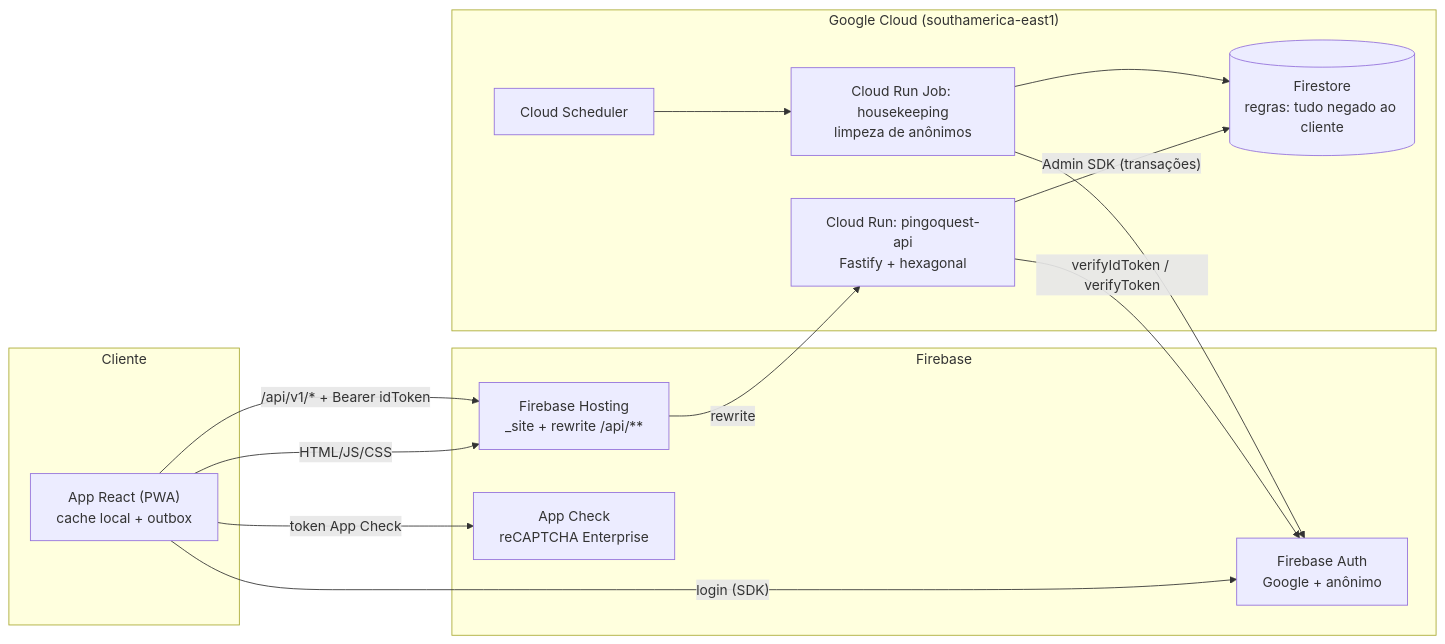
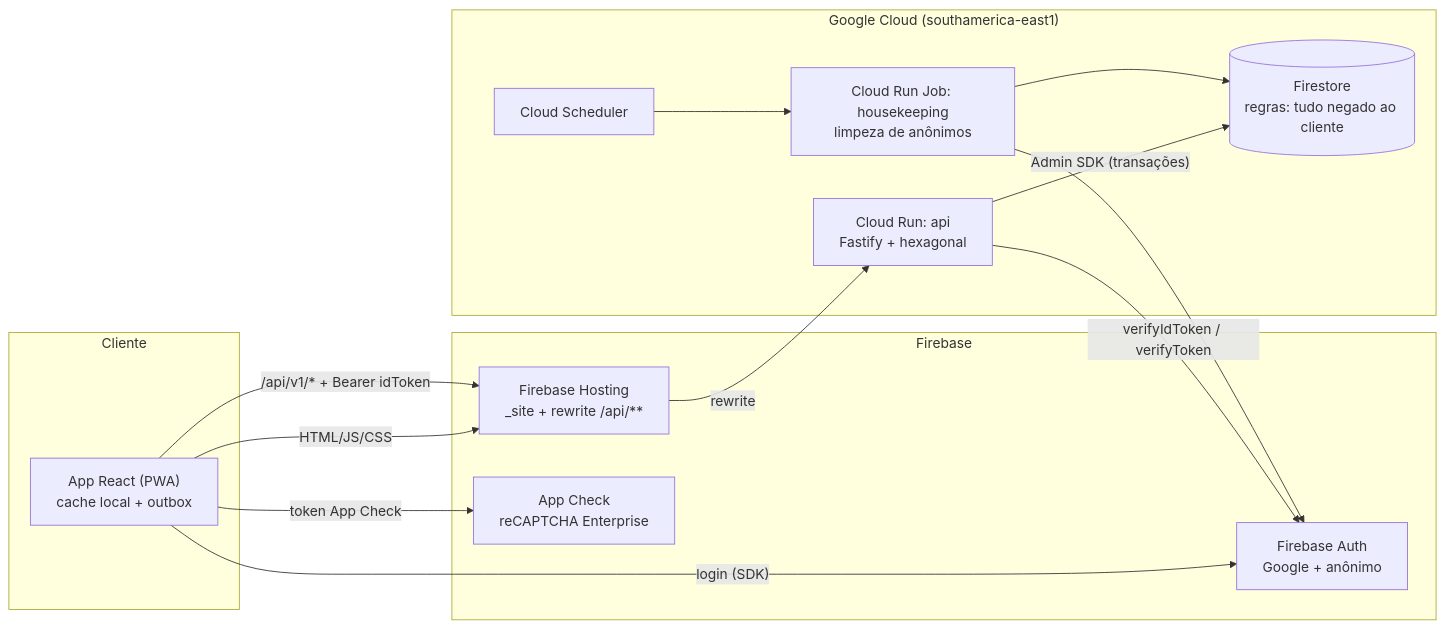
Before and after one commit to Earth-Unknown/pingoquest: the first of 3 diagrams in docs/backend.md, drawn with Mermaid. The commit also changed other lines of this file and 3 other files, not shown here.

First line of the commit message:
ci: add Cloud Run and Hosting deploy via WIF

````diff
--- a/docs/backend.md
+++ b/docs/backend.md
@@ -28,26 +28,26 @@
 ```mermaid
 flowchart LR
   subgraph Cliente
     APP["App React (PWA)<br/>cache local + outbox"]
   end
   subgraph Firebase
     HOST["Firebase Hosting<br/>_site + rewrite /api/**"]
     AUTH["Firebase Auth<br/>Google + anônimo"]
     AC["App Check<br/>reCAPTCHA Enterprise"]
   end
   subgraph "Google Cloud (southamerica-east1)"
-    RUN["Cloud Run: pingoquest-api<br/>Fastify + hexagonal"]
+    RUN["Cloud Run: api<br/>Fastify + hexagonal"]
     JOB["Cloud Run Job: housekeeping<br/>limpeza de anônimos"]
     FS[("Firestore<br/>regras: tudo negado ao cliente")]
     SCH["Cloud Scheduler"]
   end
   APP -- "HTML/JS/CSS" --> HOST
   APP -- "login (SDK)" --> AUTH
   APP -- "token App Check" --> AC
   APP -- "/api/v1/* + Bearer idToken" --> HOST
   HOST -- "rewrite" --> RUN
   RUN -- "verifyIdToken / verifyToken" --> AUTH
   RUN -- "Admin SDK (transações)" --> FS
   SCH --> JOB --> FS
   JOB --> AUTH
 ```
````
